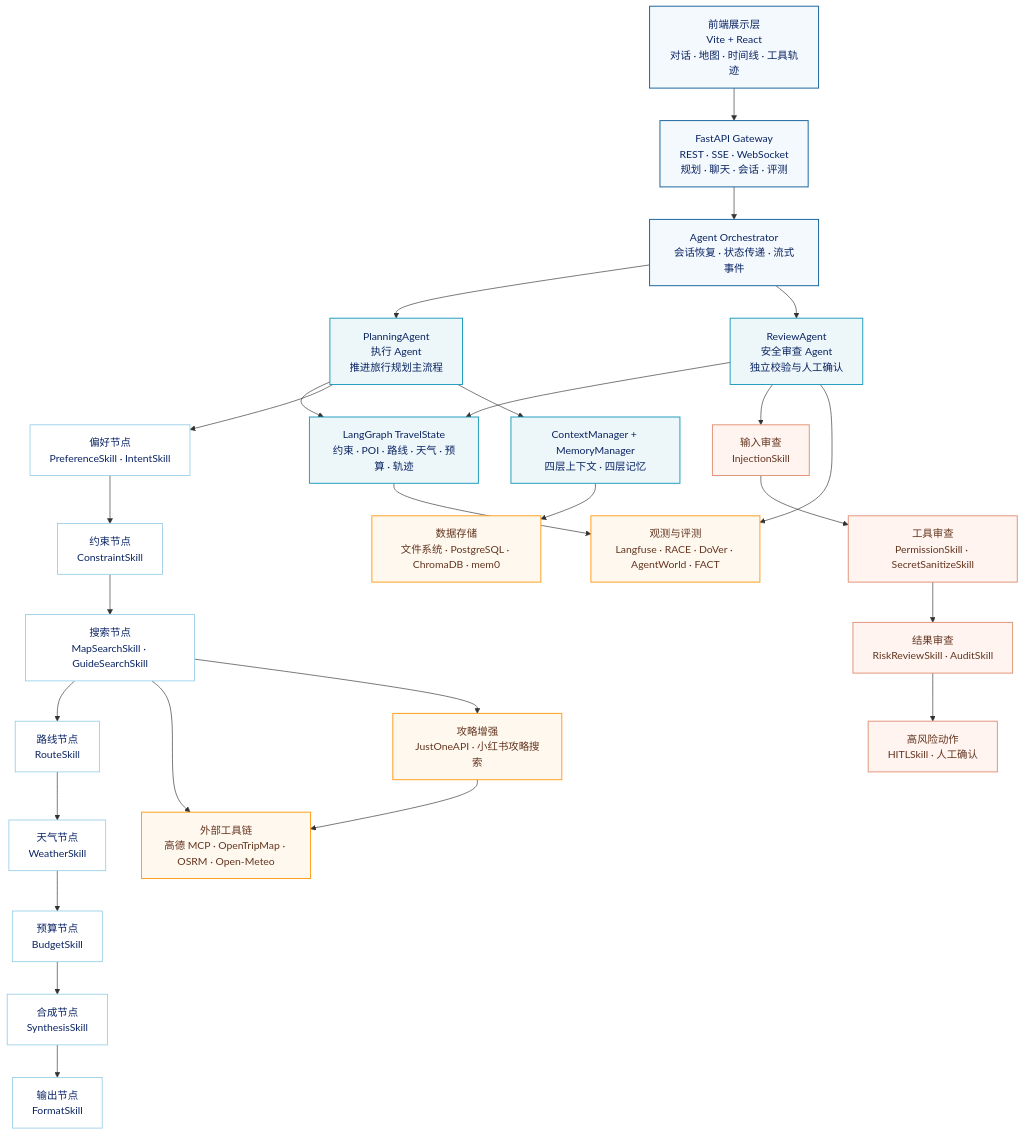
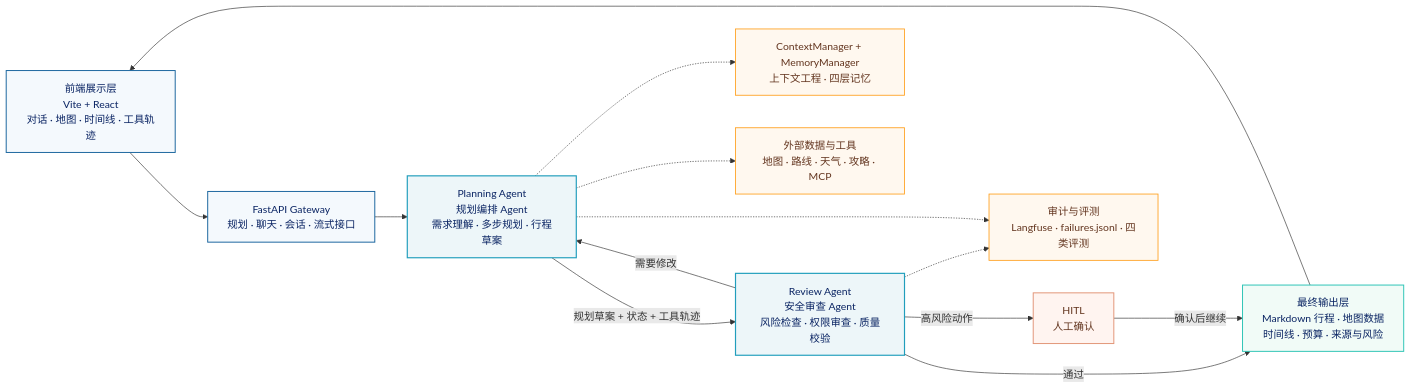
One commit to Fr0sttt/travel-agent changed the first of 2 diagrams in app/public/how-it-works.md. Above: the diagram before and after it, drawn with Mermaid. The commit also changed other lines of this file, not shown here.

Commit message:
docs: simplify agent architecture diagram

````diff
--- a/app/public/how-it-works.md
+++ b/app/public/how-it-works.md
@@ -117,58 +51,34 @@
 ```mermaid
-flowchart TB
+flowchart LR
     UI["前端展示层<br/>Vite + React<br/>对话 · 地图 · 时间线 · 工具轨迹"]
-    API["FastAPI Gateway<br/>REST · SSE · WebSocket<br/>规划 · 聊天 · 会话 · 评测"]
-    ORCH["Agent Orchestrator<br/>会话恢复 · 状态传递 · 流式事件"]
-    STATE["LangGraph TravelState<br/>约束 · POI · 路线 · 天气 · 预算 · 轨迹"]
+    API["FastAPI Gateway<br/>规划 · 聊天 · 会话 · 流式接口"]
+    PA["Planning Agent<br/>规划编排 Agent<br/>需求理解 · 多步规划 · 行程草案"]
+    RA["Review Agent<br/>安全审查 Agent<br/>风险检查 · 权限审查 · 质量校验"]
+    OUT["最终输出层<br/>Markdown 行程 · 地图数据<br/>时间线 · 预算 · 来源与风险"]
+    HITL["HITL<br/>人工确认"]
+    CTX["ContextManager + MemoryManager<br/>上下文工程 · 四层记忆"]
+    TOOLS["外部数据与工具<br/>地图 · 路线 · 天气 · 攻略 · MCP"]
+    OBS["审计与评测<br/>Langfuse · failures.jsonl · 四类评测"]
 
-    EXEC["PlanningAgent<br/>执行 Agent<br/>推进旅行规划主流程"]
-    REVIEW["ReviewAgent<br/>安全审查 Agent<br/>独立校验与人工确认"]
+    UI --> API --> PA
+    PA -->|规划草案 + 状态 + 工具轨迹| RA
+    RA -->|通过| OUT --> UI
+    RA -->|需要修改| PA
+    RA -->|高风险动作| HITL
+    HITL -->|确认后继续| OUT
+    PA -.-> CTX
+    PA -.-> TOOLS
+    RA -.-> OBS
+    PA -.-> OBS
 
-    PREF["偏好节点<br/>PreferenceSkill · IntentSkill"]
-    CONSTRAINT["约束节点<br/>ConstraintSkill"]
-    SEARCH["搜索节点<br/>MapSearchSkill · GuideSearchSkill"]
-    ROUTE["路线节点<br/>RouteSkill"]
-    WEATHER["天气节点<br/>WeatherSkill"]
-    BUDGET["预算节点<br/>BudgetSkill"]
-    SYNTH["合成节点<br/>SynthesisSkill"]
-    OUTPUT["输出节点<br/>FormatSkill"]
-
-    INPUT_GUARD["输入审查<br/>InjectionSkill"]
-    TOOL_GUARD["工具审查<br/>PermissionSkill · SecretSanitizeSkill"]
-    RESULT_GUARD["结果审查<br/>RiskReviewSkill · AuditSkill"]
-    HITL["高风险动作<br/>HITLSkill · 人工确认"]
-
-    SOURCES["外部工具链<br/>高德 MCP · OpenTripMap · OSRM · Open-Meteo"]
-    GUIDES["攻略增强<br/>JustOneAPI · 小红书攻略搜索"]
-    MEMORY["ContextManager + MemoryManager<br/>四层上下文 · 四层记忆"]
-    STORAGE["数据存储<br/>文件系统 · PostgreSQL · ChromaDB · mem0"]
-    OBS["观测与评测<br/>Langfuse · RACE · DoVer · AgentWorld · FACT"]
-
-    UI --> API --> ORCH
-    ORCH --> EXEC
-    ORCH --> REVIEW
-    EXEC --> STATE
-    REVIEW --> STATE
-
-    EXEC --> PREF --> CONSTRAINT --> SEARCH --> ROUTE --> WEATHER --> BUDGET --> SYNTH --> OUTPUT
-    REVIEW --> INPUT_GUARD --> TOOL_GUARD --> RESULT_GUARD --> HITL
-
-    SEARCH --> SOURCES
-    SEARCH --> GUIDES
-    GUIDES --> SOURCES
-    EXEC --> MEMORY
-    REVIEW --> OBS
-    STATE --> OBS
-    MEMORY --> STORAGE
-
-    classDef frontend fill:#F4F9FD,stroke:#1A659E,color:#0A2463,stroke-width:1.5px;
-    classDef agent fill:#EDF6F9,stroke:#219EBC,color:#0A2463,stroke-width:1.5px;
-    classDef skill fill:#FFFFFF,stroke:#8ECAE6,color:#0A2463,stroke-width:1.2px;
-    classDef security fill:#FFF4F0,stroke:#E29578,color:#63351F,stroke-width:1.5px;
-    classDef data fill:#FFF8EF,stroke:#FF9F1C,color:#63351F,stroke-width:1.5px;
-    class UI,API,ORCH frontend;
-    class EXEC,REVIEW,STATE,MEMORY agent;
-    class PREF,CONSTRAINT,SEARCH,ROUTE,WEATHER,BUDGET,SYNTH,OUTPUT skill;
-    class INPUT_GUARD,TOOL_GUARD,RESULT_GUARD,HITL security;
-    class SOURCES,GUIDES,STORAGE,OBS data;
+    classDef app fill:#F4F9FD,stroke:#1A659E,color:#0A2463,stroke-width:1.5px;
+    classDef agent fill:#EDF6F9,stroke:#219EBC,color:#0A2463,stroke-width:1.8px;
+    classDef output fill:#F1FBF7,stroke:#2EC4B6,color:#0A2463,stroke-width:1.5px;
+    classDef safety fill:#FFF4F0,stroke:#E29578,color:#63351F,stroke-width:1.5px;
+    classDef infra fill:#FFF8EF,stroke:#FF9F1C,color:#63351F,stroke-width:1.3px;
+    class UI,API app;
+    class PA,RA agent;
+    class OUT output;
+    class HITL safety;
+    class CTX,TOOLS,OBS infra;
 ```
````
